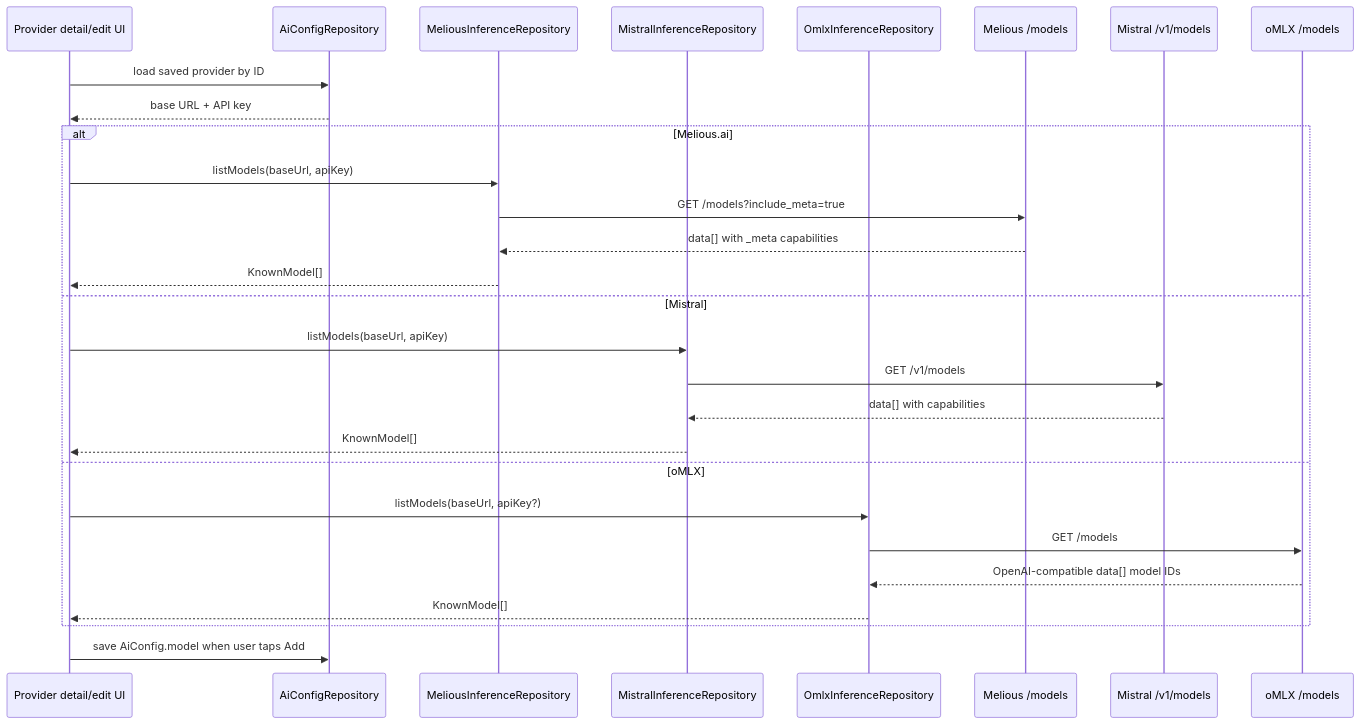
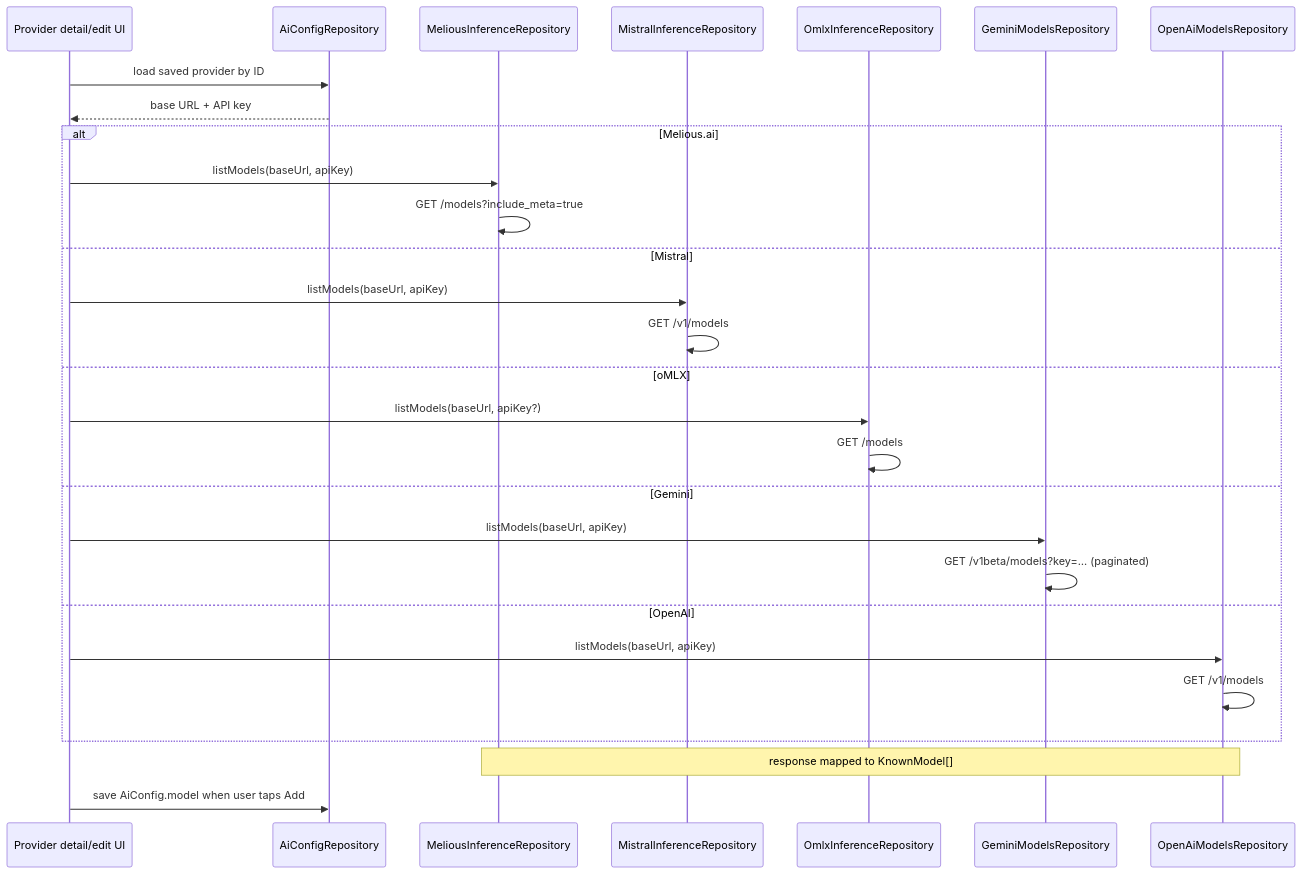
One commit to matthiasn/lotti changed the second of 3 diagrams in lib/features/ai/ui/settings/README.md. Above: the diagram before and after it, drawn with Mermaid. The commit also changed other lines of this file and 16 other files, not shown here.

Commit message:
feat(ai): dynamic model catalogs for Gemini and OpenAI (#3401)

````diff
--- a/lib/features/ai/ui/settings/README.md
+++ b/lib/features/ai/ui/settings/README.md
@@ -220,31 +243,31 @@
 ```mermaid
 sequenceDiagram
   participant UI as Provider detail/edit UI
   participant Repo as AiConfigRepository
   participant Melious as MeliousInferenceRepository
   participant Mistral as MistralInferenceRepository
   participant Omlx as OmlxInferenceRepository
-  participant API as Melious /models
-  participant MistralAPI as Mistral /v1/models
-  participant Local as oMLX /models
+  participant Gemini as GeminiModelsRepository
+  participant OpenAi as OpenAiModelsRepository
 
   UI->>Repo: load saved provider by ID
   Repo-->>UI: base URL + API key
   alt Melious.ai
   UI->>Melious: listModels(baseUrl, apiKey)
-  Melious->>API: GET /models?include_meta=true
-  API-->>Melious: data[] with _meta capabilities
-  Melious-->>UI: KnownModel[]
+  Melious->>Melious: GET /models?include_meta=true
   else Mistral
   UI->>Mistral: listModels(baseUrl, apiKey)
-  Mistral->>MistralAPI: GET /v1/models
-  MistralAPI-->>Mistral: data[] with capabilities
-  Mistral-->>UI: KnownModel[]
+  Mistral->>Mistral: GET /v1/models
   else oMLX
   UI->>Omlx: listModels(baseUrl, apiKey?)
-  Omlx->>Local: GET /models
-  Local-->>Omlx: OpenAI-compatible data[] model IDs
-  Omlx-->>UI: KnownModel[]
+  Omlx->>Omlx: GET /models
+  else Gemini
+  UI->>Gemini: listModels(baseUrl, apiKey)
+  Gemini->>Gemini: GET /v1beta/models?key=… (paginated)
+  else OpenAI
+  UI->>OpenAi: listModels(baseUrl, apiKey)
+  OpenAi->>OpenAi: GET /v1/models
   end
+  Note over Melious,OpenAi: response mapped to KnownModel[]
   UI->>Repo: save AiConfig.model when user taps Add
 ```
````
